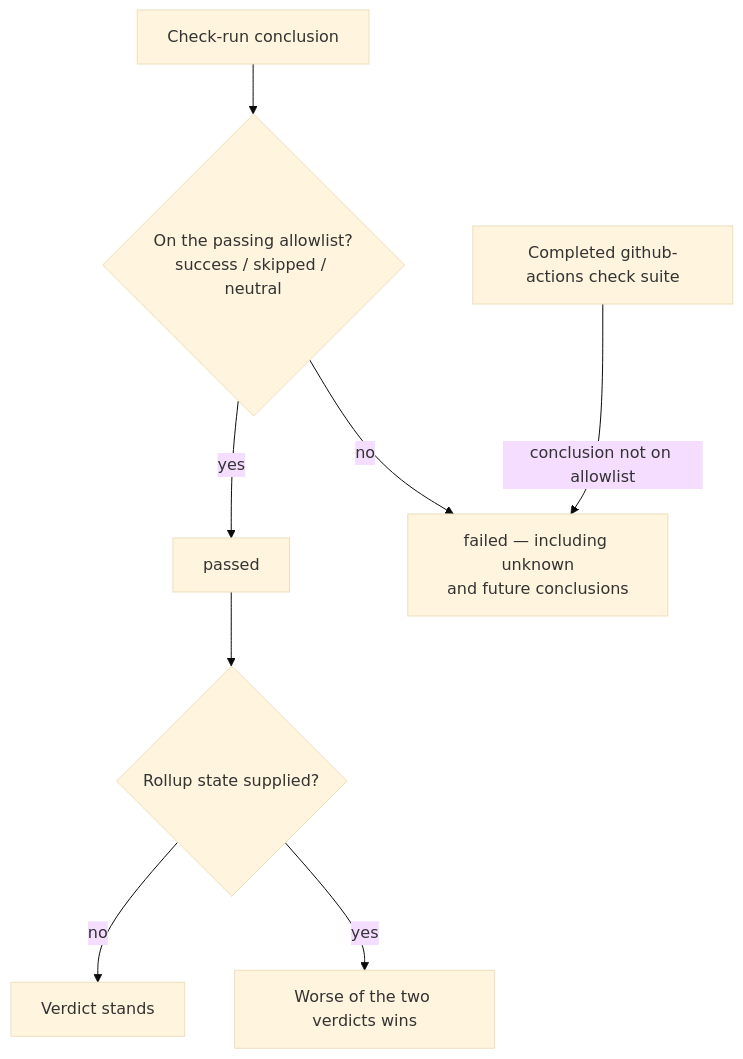
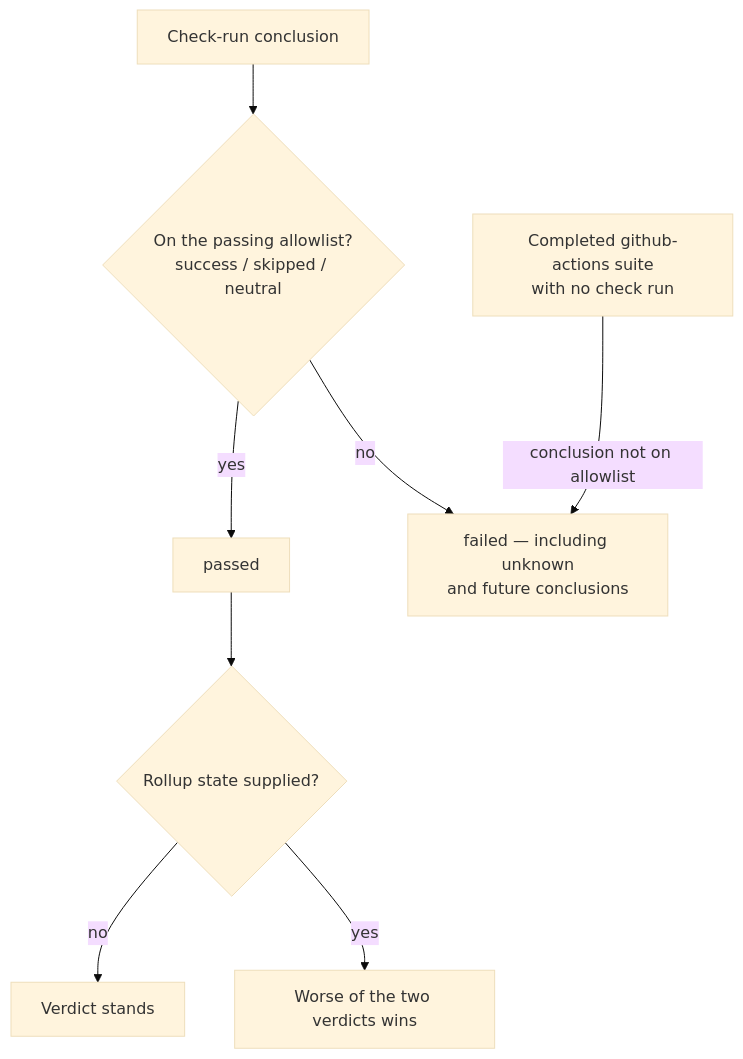
Before and after one commit to stSoftwareAU/VibeCoder: the fourth of 10 diagrams in docs/MERGE.md, drawn with Mermaid (base theme). The commit also changed other lines of this file and 12 other files, not shown here.

````diff
--- a/docs/MERGE.md
+++ b/docs/MERGE.md
@@ -324,10 +328,10 @@
 ```mermaid
 flowchart TD
     A[Check-run conclusion] --> B{On the passing allowlist?<br/>success / skipped / neutral}
     B -- yes --> C[passed]
     B -- no --> D[failed — including unknown<br/>and future conclusions]
-    S[Completed github-actions check suite] -- conclusion not on allowlist --> D
+    S[Completed github-actions suite<br/>with no check run] -- conclusion not on allowlist --> D
     C --> E{Rollup state supplied?}
     E -- no --> F[Verdict stands]
     E -- yes --> G[Worse of the two verdicts wins]
 ```
````
